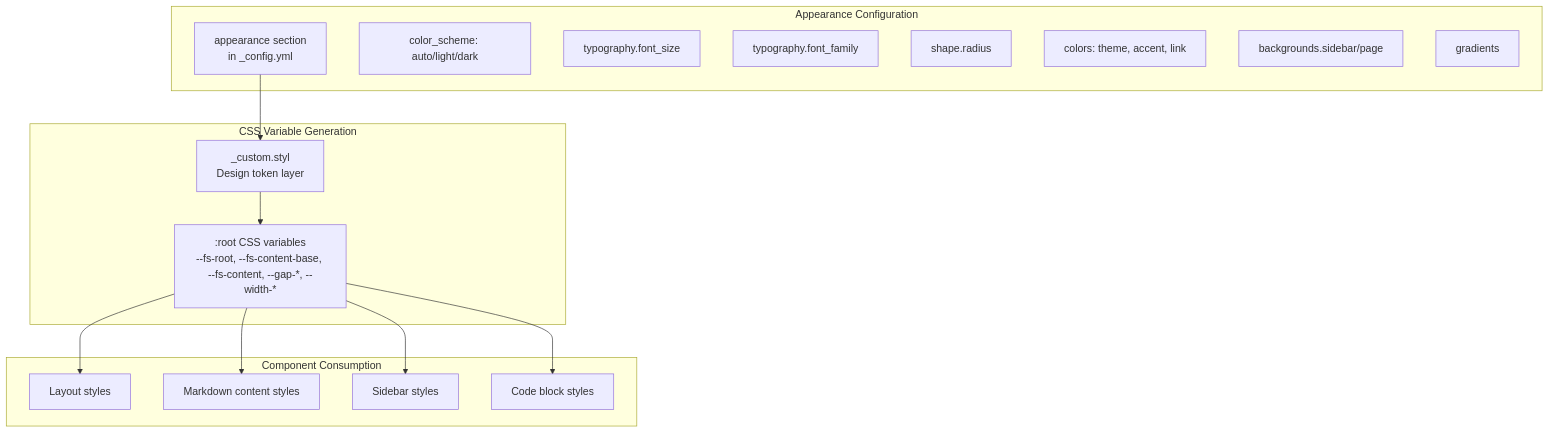
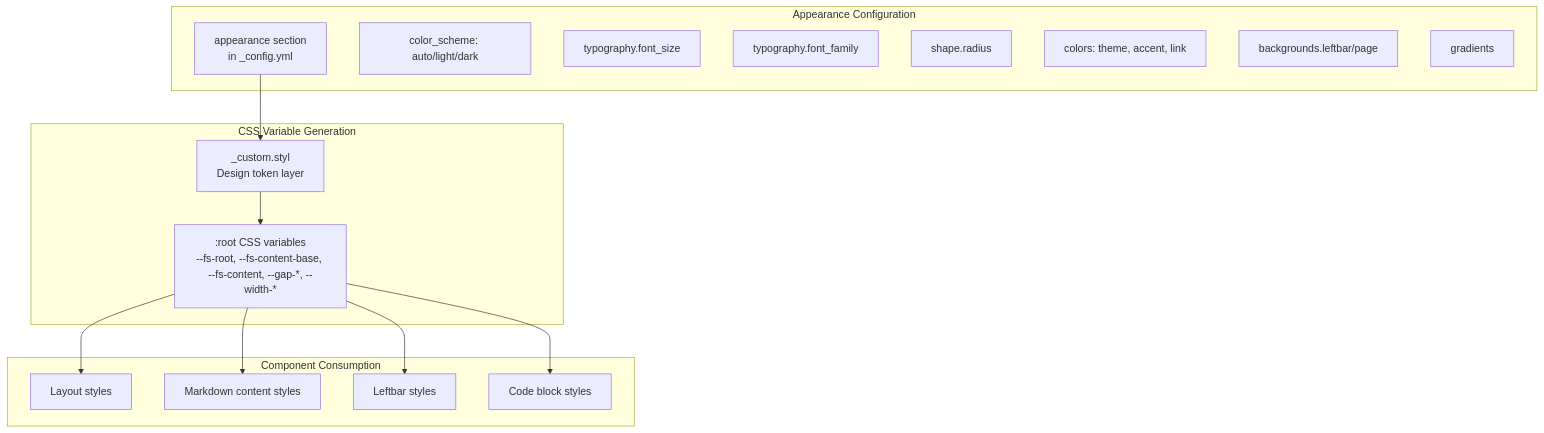
Before and after one commit to xaoxuu/hexo-theme-stellar: the third of 4 diagrams in docs/knowledge/00-总览与安装配置/configuration.md, drawn with Mermaid. The commit also changed other lines of this file and 287 other files, not shown here.

````diff
--- a/docs/knowledge/00-总览与安装配置/configuration.md
+++ b/docs/knowledge/00-总览与安装配置/configuration.md
@@ -461,34 +475,34 @@
 ```mermaid
 graph TB
     subgraph "Appearance Configuration"
         STYLE["appearance section<br/>in _config.yml"]
         
         THEME["color_scheme: auto/light/dark"]
         FONTSIZE["typography.font_size"]
         FONTFAMILY["typography.font_family"]
         BORDER["shape.radius"]
         COLOR["colors: theme, accent, link"]
-        LEFTBAR["backgrounds.sidebar/page"]
+        LEFTBAR["backgrounds.leftbar/page"]
         GRADIENT["gradients"]
     end
     
     subgraph "CSS Variable Generation"
         CUSTOMSTYL["_custom.styl<br/>Design token layer"]
         CSSROOT[":root CSS variables<br/>--fs-root, --fs-content-base, --fs-content, --gap-*, --width-*"]
     end
     
     subgraph "Component Consumption"
         LAYOUT["Layout styles"]
         MDTEXT["Markdown content styles"]
-        SIDEBAR["Sidebar styles"]
+        SIDEBAR["Leftbar styles"]
         CODEBLOCK["Code block styles"]
     end
     
     STYLE --> CUSTOMSTYL
     CUSTOMSTYL --> CSSROOT
     
     CSSROOT --> LAYOUT
     CSSROOT --> MDTEXT
     CSSROOT --> SIDEBAR
     CSSROOT --> CODEBLOCK
 ```
````
